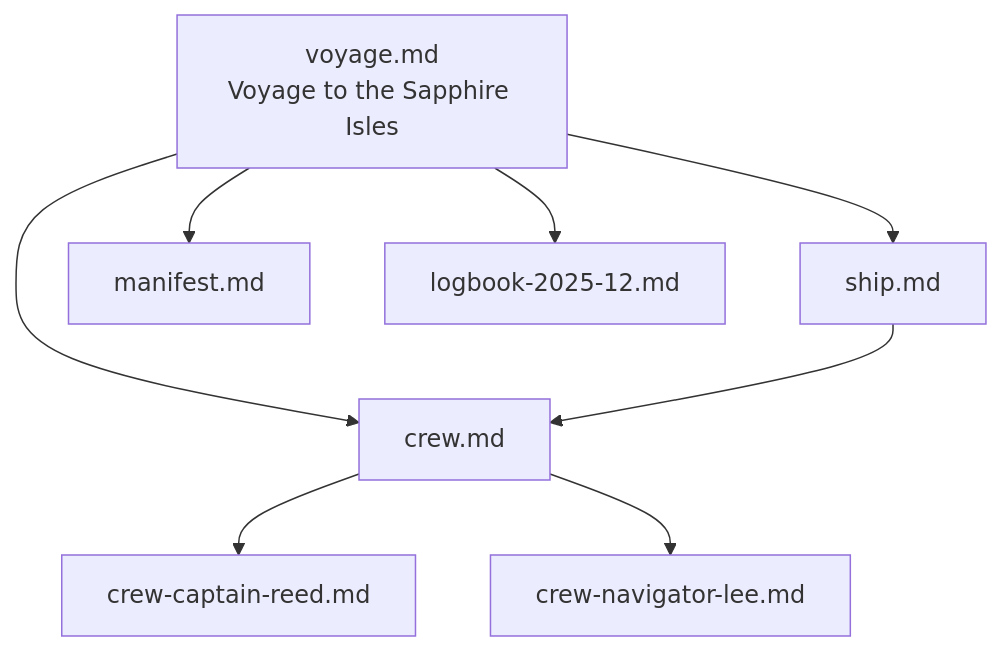
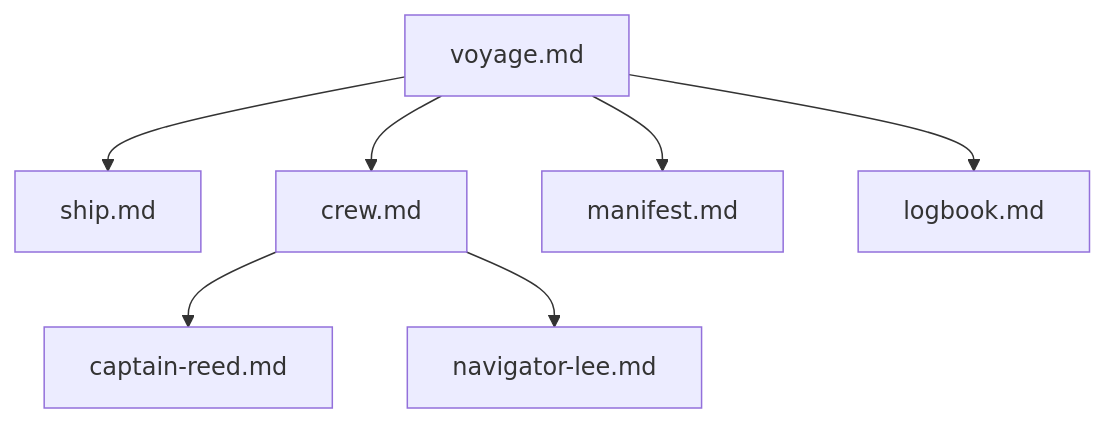
The diagram in README.md (hankh95/yurtle), drawn with Mermaid before and after one commit. The commit also changed other lines of this file and 2 other files, not shown here.

````diff
--- a/README.md
+++ b/README.md
@@ -212,10 +207,9 @@
 ```mermaid
 graph TD
-  V[voyage.md<br/>Voyage to the Sapphire Isles] --> S[ship.md]
+  V[voyage.md] --> S[ship.md]
   V --> C[crew.md]
   V --> M[manifest.md]
-  V --> L[logbook-2025-12.md]
-  S --> C
-  C --> CR[crew-captain-reed.md]
-  C --> NL[crew-navigator-lee.md]
+  V --> L[logbook.md]
+  C --> CR[captain-reed.md]
+  C --> NL[navigator-lee.md]
 ```
````
